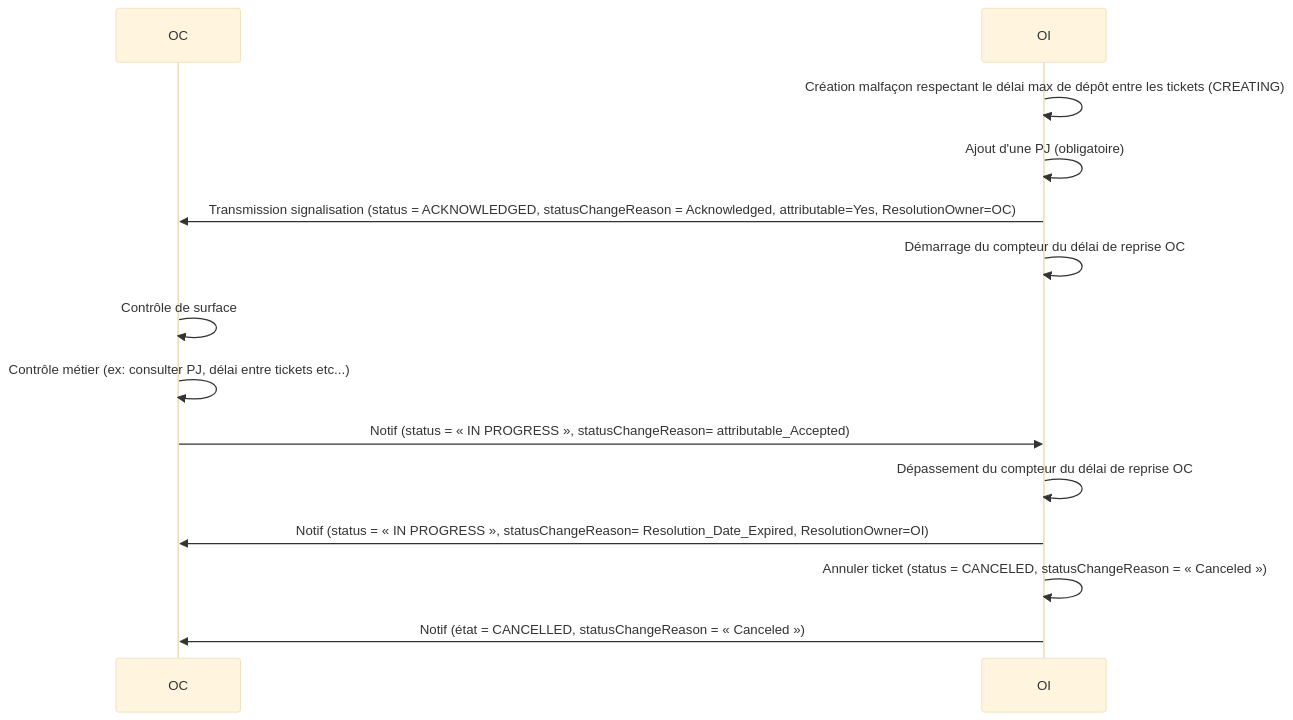
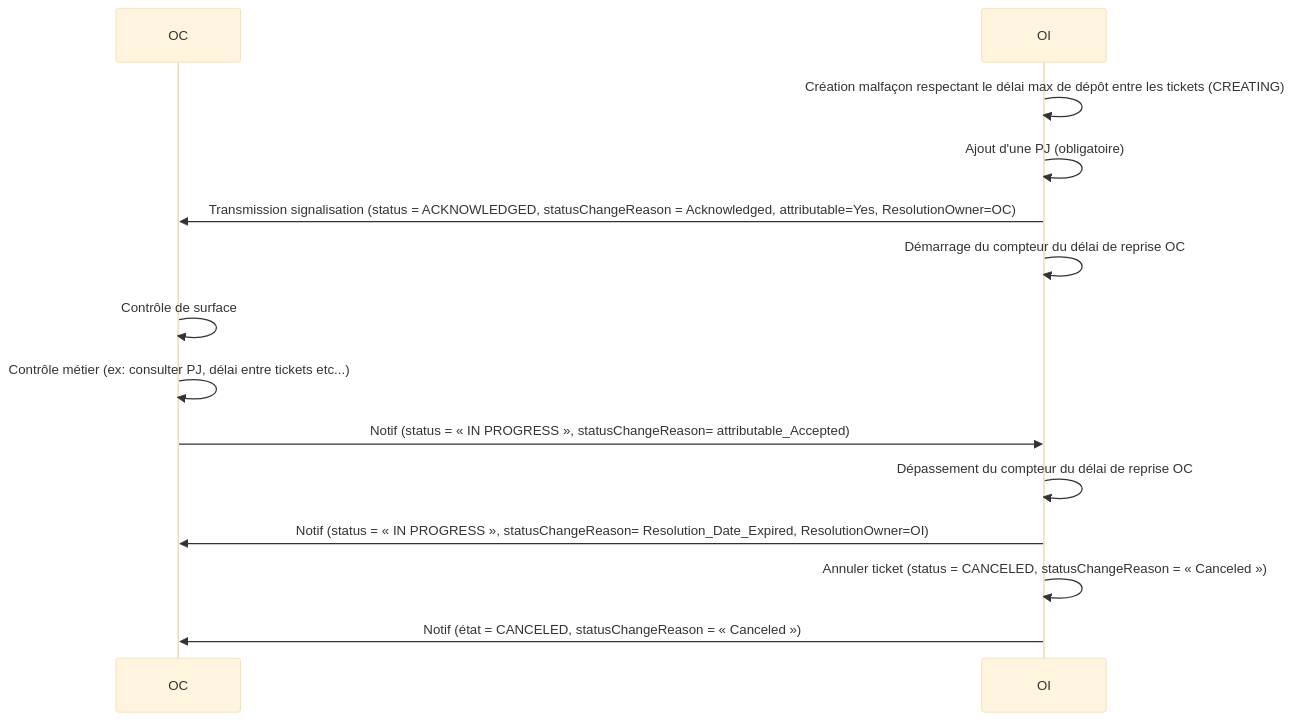
One commit to before-interop/malfacon changed the fourth of 12 diagrams in README.md. Above: the diagram before and after it, drawn with Mermaid (base theme). The commit also changed other lines of this file and 1 other file, not shown here.

Commit message:
remplacer CANCELLED par CANCELED

````diff
--- a/README.md
+++ b/README.md
@@ -478,18 +478,18 @@
 ```mermaid
 sequenceDiagram
 
   participant OC
   participant OI
 
   OI->>OI: Création malfaçon respectant le délai max de dépôt entre les tickets (CREATING)
   OI->>OI: Ajout d'une PJ (obligatoire)
   OI->>OC: Transmission signalisation (status = ACKNOWLEDGED, statusChangeReason = Acknowledged, attributable=Yes, ResolutionOwner=OC)
   OI->>OI: Démarrage du compteur du délai de reprise OC
   OC->>OC: Contrôle de surface
   OC->>OC: Contrôle métier (ex: consulter PJ, délai entre tickets etc...)
   OC->>OI: Notif (status = « IN PROGRESS », statusChangeReason= attributable_Accepted)
   OI->>OI: Dépassement du compteur du délai de reprise OC
   OI->>OC: Notif (status = « IN PROGRESS », statusChangeReason= Resolution_Date_Expired, ResolutionOwner=OI)
   OI->>OI: Annuler ticket (status = CANCELED, statusChangeReason = « Canceled »)
-  OI->>OC: Notif (état = CANCELLED, statusChangeReason = « Canceled »)
+  OI->>OC: Notif (état = CANCELED, statusChangeReason = « Canceled »)
 ```
````
